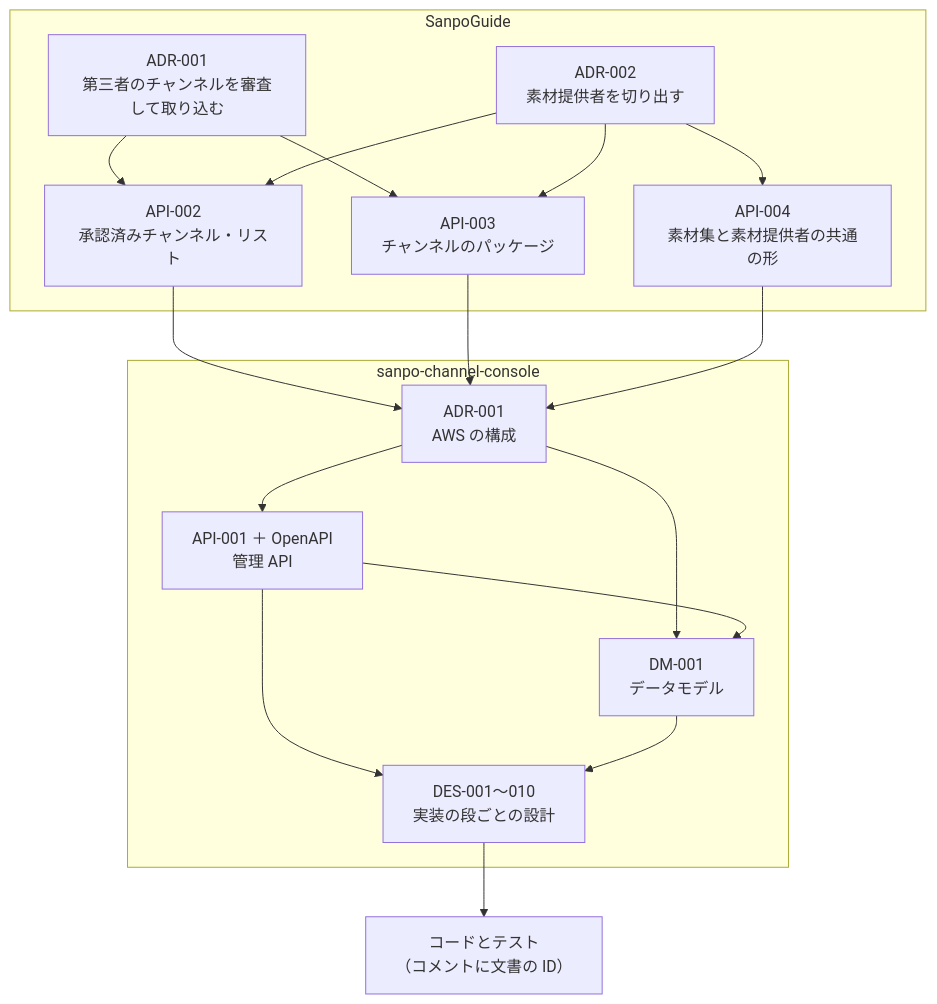
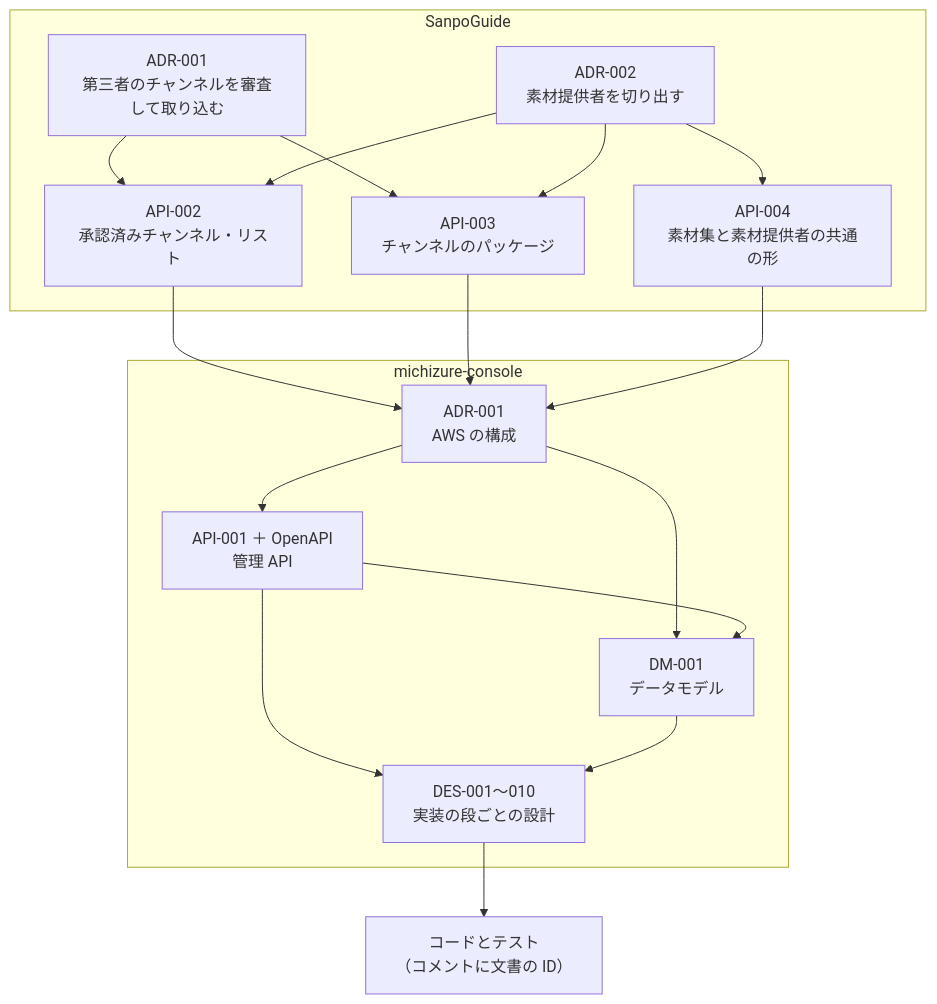
One commit to duwenji/yorisoi-tutorial changed the first of 2 diagrams in 09-console/05-docs.md. Above: the diagram before and after it, drawn with Mermaid. The commit also changed other lines of this file and 87 other files, not shown here.

Commit message:
docs: SanpoGuide の再構成（RFC-002）で移ったファイルへのリンクと、michizure-console への改名を反映する

````diff
--- a/09-console/05-docs.md
+++ b/09-console/05-docs.md
@@ -44,21 +44,21 @@
 ```mermaid
 flowchart TB
     subgraph SG["SanpoGuide"]
         SADR["ADR-001<br/>第三者のチャンネルを審査して取り込む"] --> API2["API-002<br/>承認済みチャンネル・リスト"]
         SADR --> API3["API-003<br/>チャンネルのパッケージ"]
         SADR2["ADR-002<br/>素材提供者を切り出す"] --> API4["API-004<br/>素材集と素材提供者の共通の形"]
         SADR2 --> API2
         SADR2 --> API3
     end
-    subgraph CC["sanpo-channel-console"]
+    subgraph CC["michizure-console"]
         ADR["ADR-001<br/>AWS の構成"] --> API1["API-001 ＋ OpenAPI<br/>管理 API"]
         ADR --> DM["DM-001<br/>データモデル"]
         API1 --> DM
         API1 --> DES["DES-001〜010<br/>実装の段ごとの設計"]
         DM --> DES
     end
     API2 --> ADR
     API3 --> ADR
     API4 --> ADR
     DES --> CODE["コードとテスト<br/>（コメントに文書の ID）"]
 ```
````
